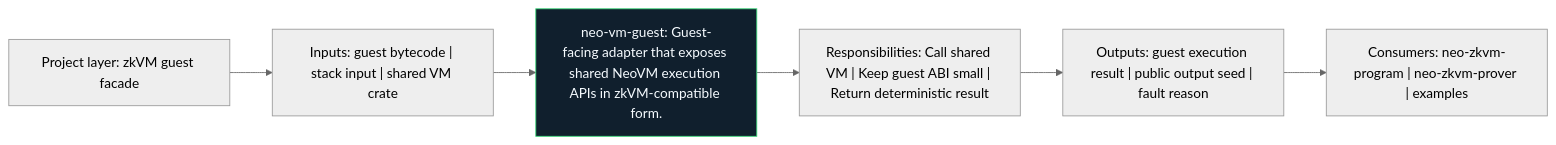
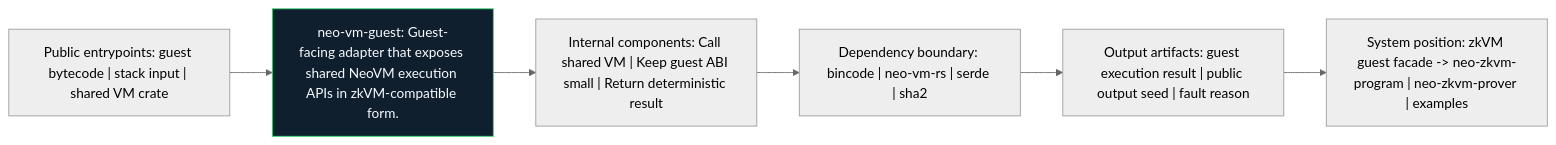
The diagram in crates/neo-vm-guest/docs/figures/architecture.mmd (r3e-network/neo-zkvm), drawn with Mermaid (neutral theme) before and after one commit. The commit also changed 97 other files, not shown here.

```diff
--- a/crates/neo-vm-guest/docs/figures/architecture.mmd
+++ b/crates/neo-vm-guest/docs/figures/architecture.mmd
@@ -1,14 +1,14 @@
 flowchart LR
-    N1["Project layer: zkVM guest facade"]
-    N2["Inputs: guest bytecode | stack input | shared VM crate"]
-    N3["neo-vm-guest: Guest-facing adapter that exposes shared NeoVM execution APIs in zkVM-compatible form."]
-    N4["Responsibilities: Call shared VM | Keep guest ABI small | Return deterministic result"]
-    N5["Outputs: guest execution result | public output seed | fault reason"]
-    N6["Consumers: neo-zkvm-program | neo-zkvm-prover | examples"]
+    N1["Public entrypoints: guest bytecode | stack input | shared VM crate"]
+    N2["neo-vm-guest: Guest-facing adapter that exposes shared NeoVM execution APIs in zkVM-compatible form."]
+    N3["Internal components: Call shared VM | Keep guest ABI small | Return deterministic result"]
+    N4["Dependency boundary: bincode | neo-vm-rs | serde | sha2"]
+    N5["Output artifacts: guest execution result | public output seed | fault reason"]
+    N6["System position: zkVM guest facade -> neo-zkvm-program | neo-zkvm-prover | examples"]
     N1 --> N2
     N2 --> N3
     N3 --> N4
     N4 --> N5
     N5 --> N6
     classDef crate fill:#101f2d,stroke:#38d978,color:#f6fbff
-    class N3 crate
+    class N2 crate
```
